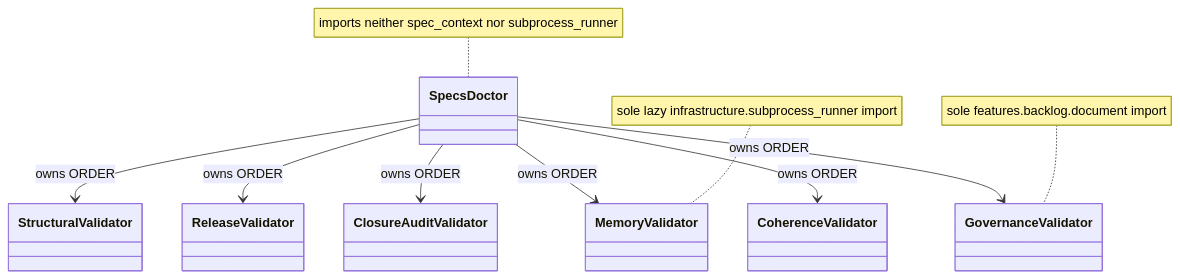
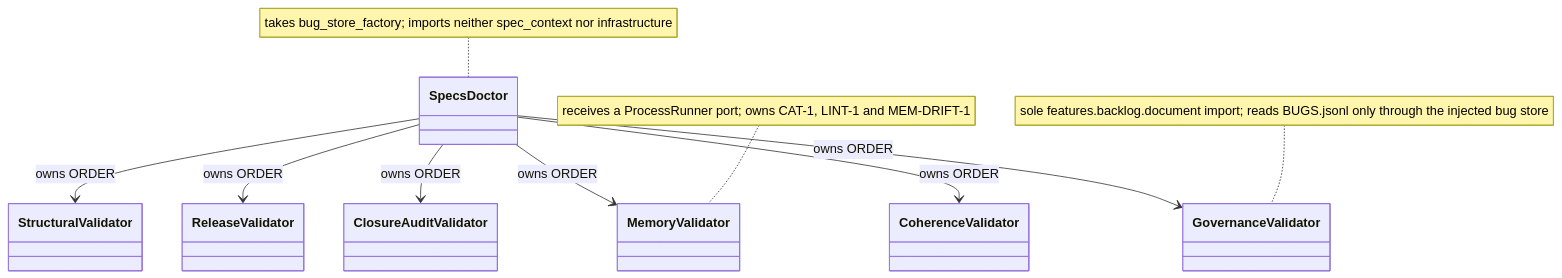
Before and after one commit to marcoaureliomenezes/dadaia-workspace: the first of 3 diagrams in specs/memory/ARCHITECTURE.md, drawn with Mermaid. The commit also changed other lines of this file and 297 other files, not shown here.

````diff
--- a/specs/memory/ARCHITECTURE.md
+++ b/specs/memory/ARCHITECTURE.md
@@ -101,19 +121,19 @@
 ```mermaid
 classDiagram
     class SpecsDoctor
     class StructuralValidator
     class MemoryValidator
     class ReleaseValidator
     class ClosureAuditValidator
     class GovernanceValidator
     class CoherenceValidator
     SpecsDoctor --> StructuralValidator : owns ORDER
     SpecsDoctor --> MemoryValidator : owns ORDER
     SpecsDoctor --> ReleaseValidator : owns ORDER
     SpecsDoctor --> ClosureAuditValidator : owns ORDER
     SpecsDoctor --> GovernanceValidator : owns ORDER
     SpecsDoctor --> CoherenceValidator : owns ORDER
-    note for MemoryValidator "sole lazy infrastructure.subprocess_runner import"
-    note for GovernanceValidator "sole features.backlog.document import"
-    note for SpecsDoctor "imports neither spec_context nor subprocess_runner"
+    note for MemoryValidator "receives a ProcessRunner port; owns CAT-1, LINT-1 and MEM-DRIFT-1"
+    note for GovernanceValidator "sole features.backlog.document import; reads BUGS.jsonl only through the injected bug store"
+    note for SpecsDoctor "takes bug_store_factory; imports neither spec_context nor infrastructure"
 ```
````
